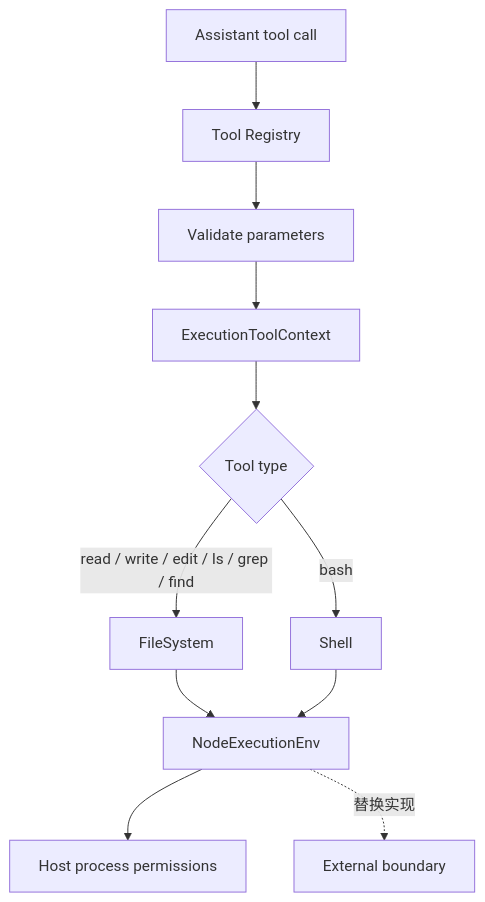
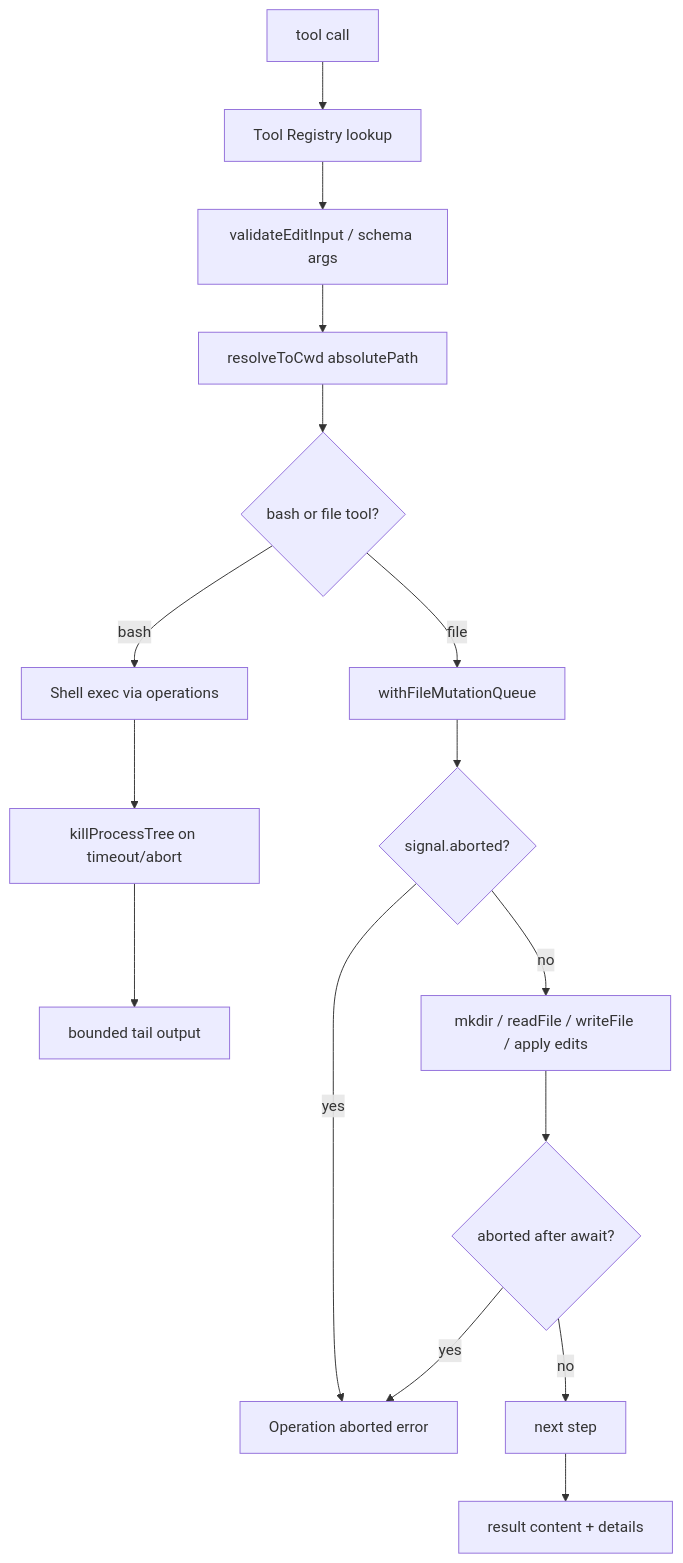
The diagram in tutorial/zh-CN/03-frameworks/pi/tools-containerization.md (xiaoslin9153/awesome-agent-harness-tutorial), drawn with Mermaid before and after one commit. The commit also changed other lines of this file and 3 other files, not shown here.

````diff
--- a/tutorial/zh-CN/03-frameworks/pi/tools-containerization.md
+++ b/tutorial/zh-CN/03-frameworks/pi/tools-containerization.md
@@ -48,13 +58,18 @@
 ```mermaid
 flowchart TD
-  A[Assistant tool call] --> B[Tool Registry]
-  B --> C[Validate parameters]
-  C --> D[ExecutionToolContext]
-  D --> E{Tool type}
-  E -- read / write / edit / ls / grep / find --> F[FileSystem]
-  E -- bash --> G[Shell]
-  F --> H[NodeExecutionEnv]
-  G --> H
-  H --> I[Host process permissions]
-  H -.替换实现.-> J[External boundary]
+  A[tool call] --> B[Tool Registry lookup]
+  B --> C[validateEditInput / schema args]
+  C --> D[resolveToCwd absolutePath]
+  D --> E{bash or file tool?}
+  E -- bash --> F[Shell exec via operations]
+  E -- file --> G[withFileMutationQueue]
+  G --> H{signal.aborted?}
+  H -- yes --> X1[Operation aborted error]
+  H -- no --> I[mkdir / readFile / writeFile / apply edits]
+  I --> J{aborted after await?}
+  J -- yes --> X1
+  J -- no --> K[next step]
+  K --> L[result content + details]
+  F --> M[killProcessTree on timeout/abort]
+  M --> N[bounded tail output]
 ```
````
